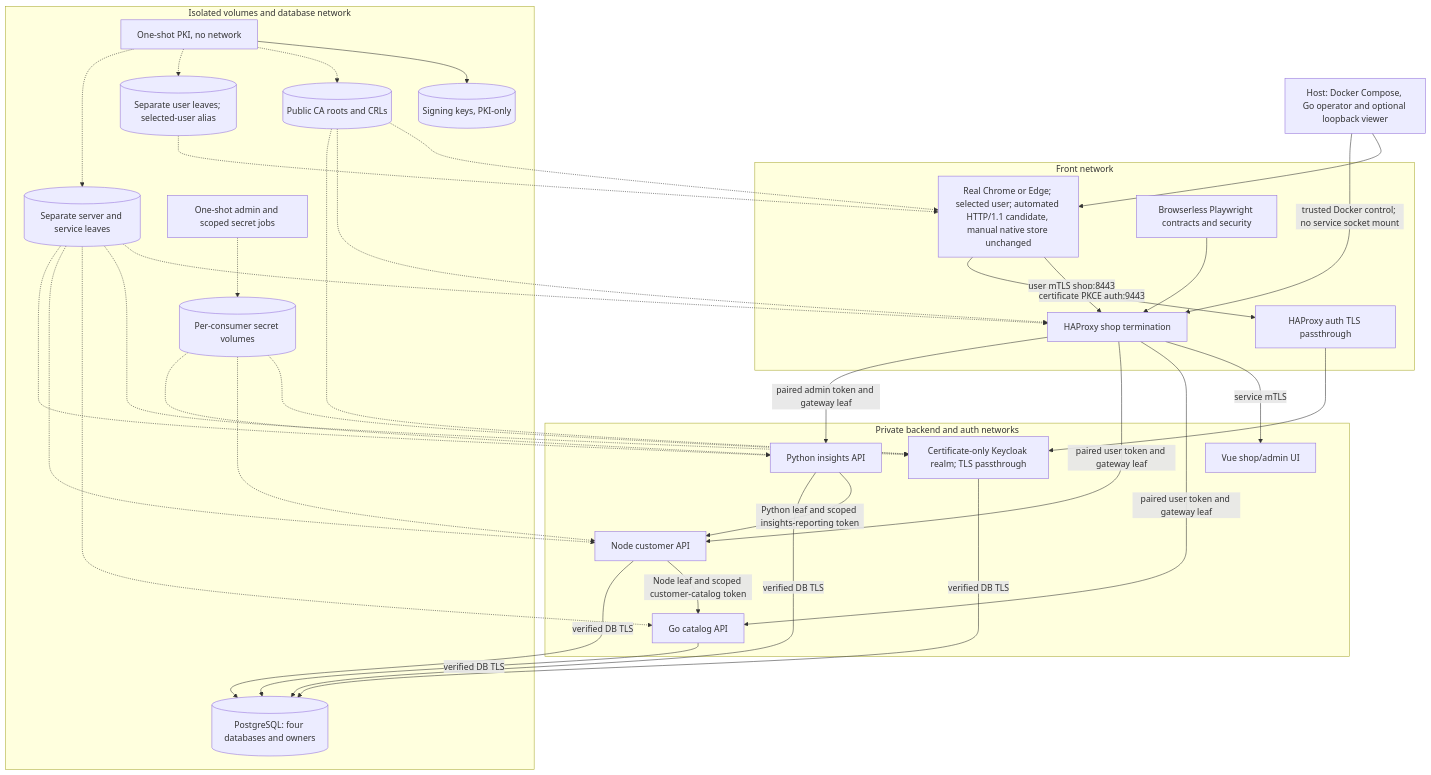
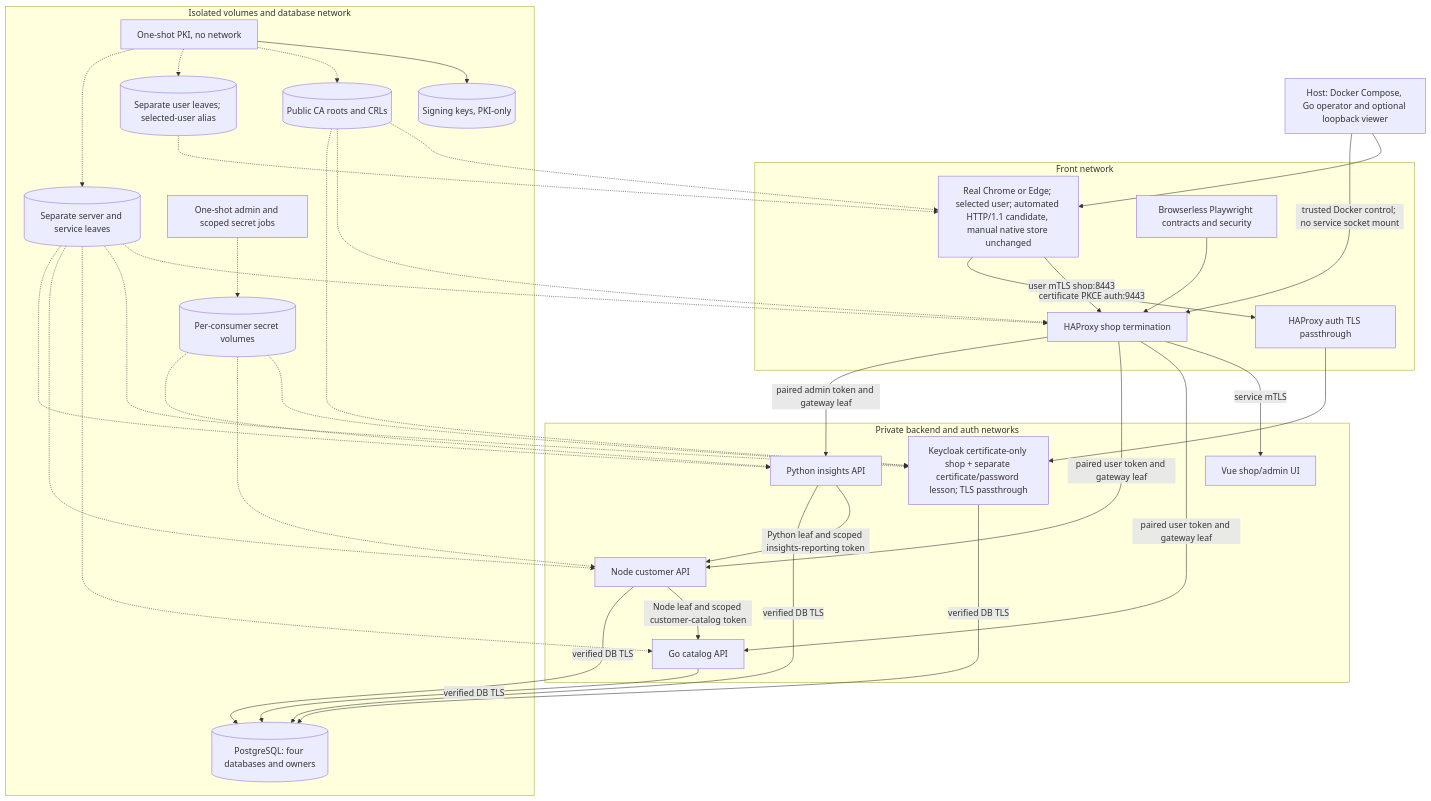
One commit to orieken/testing-with-certs changed the first of 19 diagrams in docs/workflows.md. Above: the diagram before and after it, drawn with Mermaid. The commit also changed other lines of this file and 34 other files, not shown here.

Commit message:
Add certificate and password teaching flow with browser evidence

````diff
--- a/docs/workflows.md
+++ b/docs/workflows.md
@@ -11,43 +11,43 @@
 ```mermaid
 flowchart TB
   Host["Host: Docker Compose, Go operator and optional loopback viewer"] --> Runner
   Host -->|"trusted Docker control; no service socket mount"| Shop
   subgraph Front["Front network"]
     Runner["Real Chrome or Edge; selected user; automated HTTP/1.1 candidate, manual native store unchanged"] -->|"user mTLS shop:8443"| Shop["HAProxy shop termination"]
     Runner -->|"certificate PKCE auth:9443"| Auth["HAProxy auth TLS passthrough"]
     Contracts["Browserless Playwright contracts and security"] --> Shop
   end
   subgraph Private["Private backend and auth networks"]
-    Auth --> KC["Certificate-only Keycloak realm; TLS passthrough"]
+    Auth --> KC["Keycloak certificate-only shop + separate certificate/password lesson; TLS passthrough"]
     Shop -->|"service mTLS"| UI["Vue shop/admin UI"]
     Shop -->|"paired user token and gateway leaf"| Go["Go catalog API"]
     Shop -->|"paired user token and gateway leaf"| Node["Node customer API"]
     Shop -->|"paired admin token and gateway leaf"| Python["Python insights API"]
     Node -->|"Node leaf and scoped customer-catalog token"| Go
     Python -->|"Python leaf and scoped insights-reporting token"| Node
   end
   subgraph Storage["Isolated volumes and database network"]
     PKI["One-shot PKI, no network"] --> CA[("Signing keys, PKI-only")]
     PKI -.-> Trust[("Public CA roots and CRLs")]
     PKI -.-> User[("Separate user leaves; selected-user alias")]
     PKI -.-> Service[("Separate server and service leaves")]
     SecretJob["One-shot admin and scoped secret jobs"] -.-> Scoped[("Per-consumer secret volumes")]
     DB[("PostgreSQL: four databases and owners")]
     User -.-> Runner
     Trust -.-> Runner
     Trust -.-> Shop
     Trust -.-> KC
     Service -.-> Shop
     Service -.-> KC
     Service -.-> Go
     Service -.-> Node
     Service -.-> Python
     Scoped -.-> KC
     Scoped -.-> Node
     Scoped -.-> Python
   end
   Go -->|"verified DB TLS"| DB
   Node -->|"verified DB TLS"| DB
   Python -->|"verified DB TLS"| DB
   KC -->|"verified DB TLS"| DB
 ```
````
